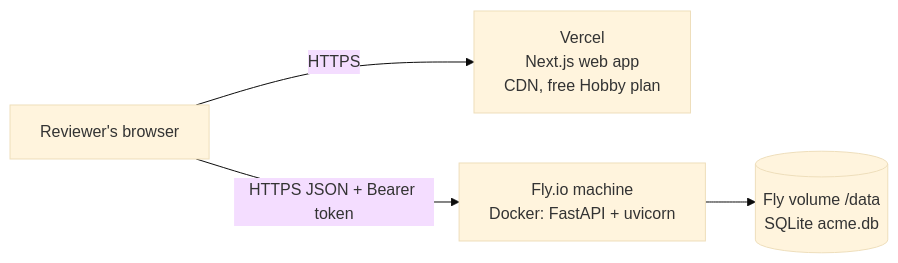
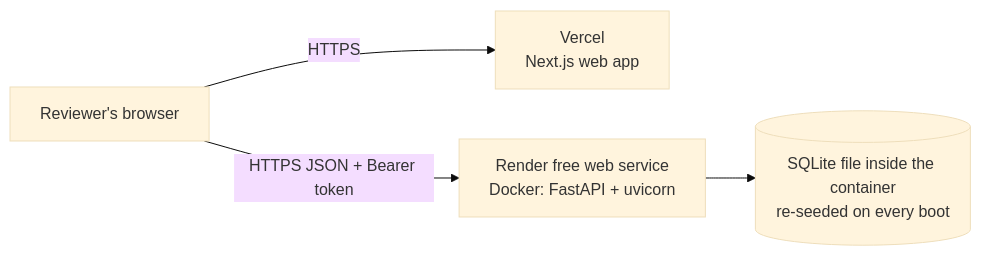
One commit to xorostar/acme-salary-management changed the diagram in docs/deployment.md. Above: the diagram before and after it, drawn with Mermaid (base theme). The commit also changed other lines of this file and 4 other files, not shown here.

First line of the commit message:
deploy: Render free plan for the API, Vercel for the web app

````diff
--- a/docs/deployment.md
+++ b/docs/deployment.md
@@ -15,6 +10,6 @@
 ```mermaid
 flowchart LR
-    R[Reviewer's browser] -->|HTTPS| V[Vercel<br/>Next.js web app<br/>CDN, free Hobby plan]
-    R -->|HTTPS JSON + Bearer token| F[Fly.io machine<br/>Docker: FastAPI + uvicorn]
-    F --> D[(Fly volume /data<br/>SQLite acme.db)]
+    R[Reviewer's browser] -->|HTTPS| V[Vercel<br/>Next.js web app]
+    R -->|HTTPS JSON + Bearer token| A[Render free web service<br/>Docker: FastAPI + uvicorn]
+    A --> D[(SQLite file inside the container<br/>re-seeded on every boot)]
 ```
````
